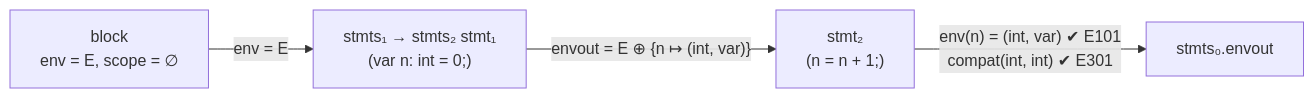
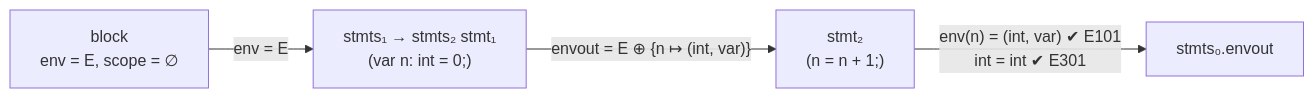
Before and after one commit to icsousa/EG: the diagram in TP/GRAMATICA.md, drawn with Mermaid. The commit also changed other lines of this file and 73 other files, not shown here.

````diff
--- a/TP/GRAMATICA.md
+++ b/TP/GRAMATICA.md
@@ -359,6 +369,6 @@
 ```mermaid
 flowchart LR
     B["block<br/>env = E, scope = ∅"] -- "env = E" --> S1["stmts₁ → stmts₂ stmt₁<br/>(var n: int = 0;)"]
     S1 -- "envout = E ⊕ {n ↦ (int, var)}" --> S2["stmt₂<br/>(n = n + 1;)"]
-    S2 -- "env(n) = (int, var) ✔ E101<br/>compat(int, int) ✔ E301" --> OK["stmts₀.envout"]
+    S2 -- "env(n) = (int, var) ✔ E101<br/>int = int ✔ E301" --> OK["stmts₀.envout"]
 ```
````
